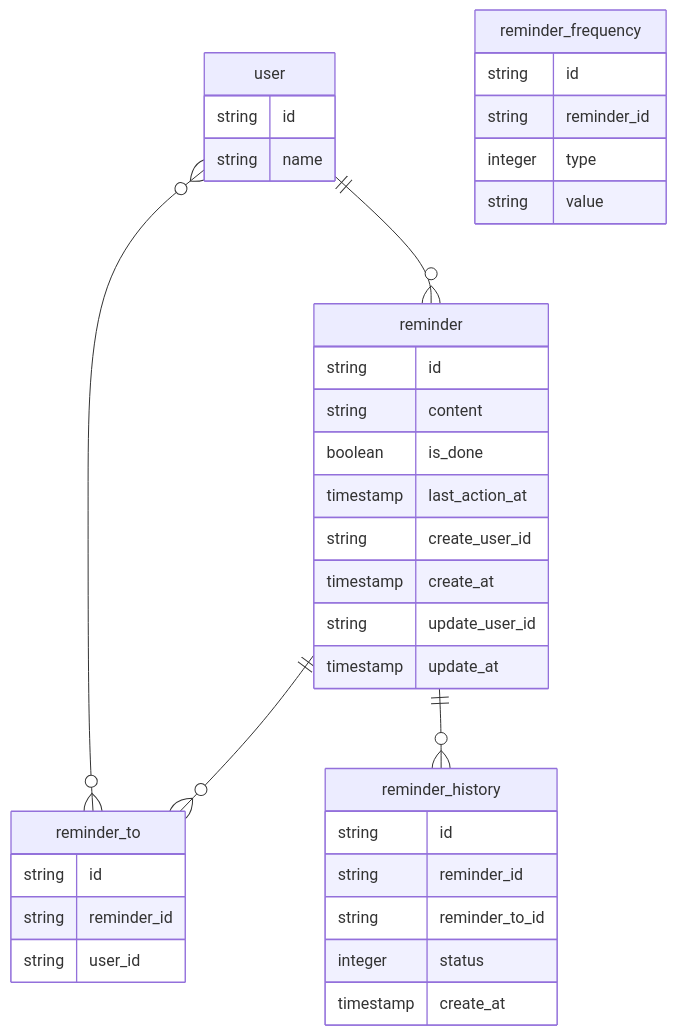
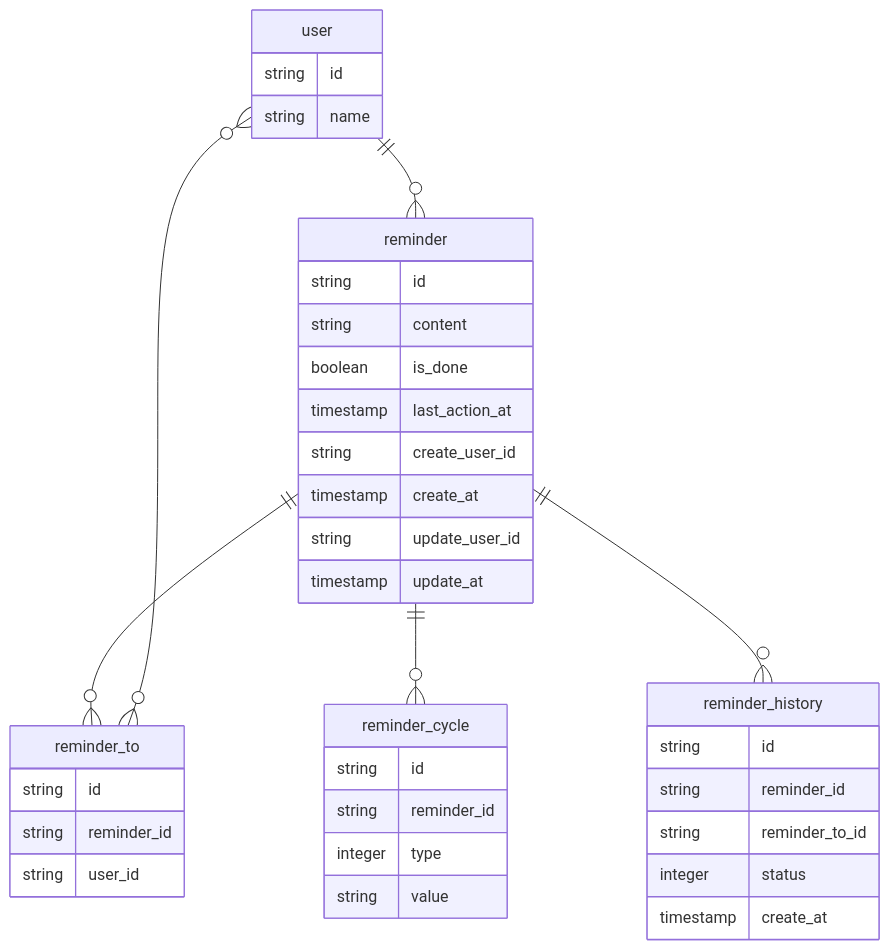
Before and after one commit to nyuusen/praha-challenge: the diagram in db-modeling-4/README.md, drawn with Mermaid. The commit also changed other lines of this file, not shown here.

````diff
--- a/db-modeling-4/README.md
+++ b/db-modeling-4/README.md
@@ -4,44 +4,45 @@
 ```mermaid
 erDiagram
 user ||--o{ reminder: ""
 reminder ||--o{ reminder_to: ""
+reminder ||--o{ reminder_cycle: ""
 reminder ||--o{ reminder_history: ""
 user }o--o{ reminder_to: ""
 
 user {
   string id
   string name
 }
 
 reminder {
   string id
   string content
   boolean is_done
   timestamp last_action_at
   string create_user_id
   timestamp create_at
   string update_user_id
   timestamp update_at
 }
 
-reminder_frequency {
+reminder_cycle {
   string id
   string reminder_id
   integer type
   string value
 }
 
 reminder_to {
   string id
   string reminder_id
   string user_id
 }
 
 reminder_history {
   string id
   string reminder_id
   string reminder_to_id
   integer status
   timestamp create_at
 }
 ```
````
